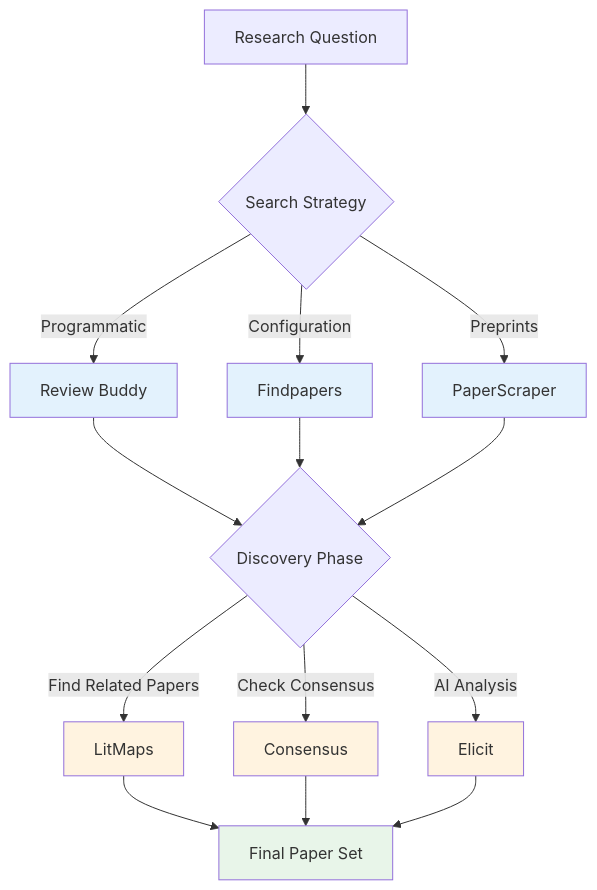
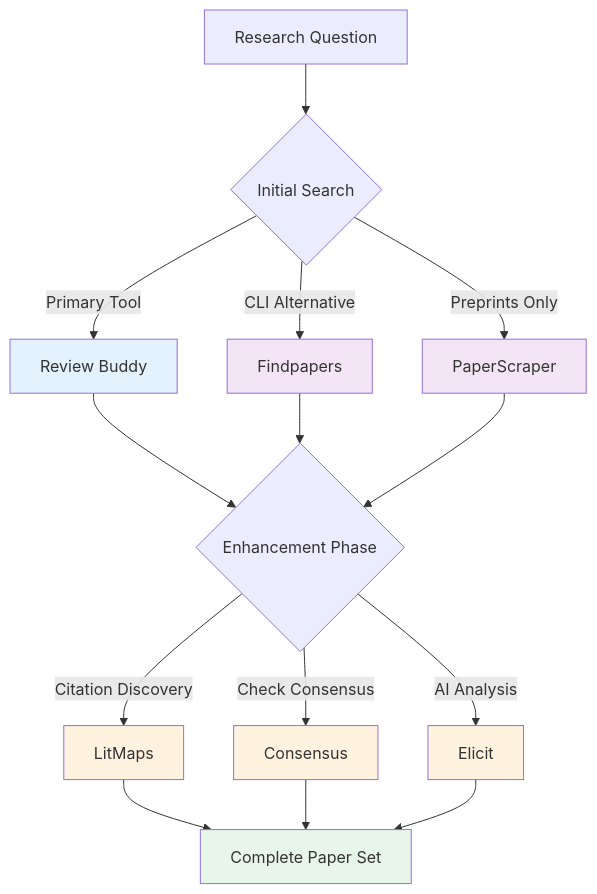
One commit to leonardozaggia/automated_systematic_literature_search changed the diagram in book/additional_tools/0_Overview.md. Above: the diagram before and after it, drawn with Mermaid. The commit also changed other lines of this file and 8 other files, not shown here.

````diff
--- a/book/additional_tools/0_Overview.md
+++ b/book/additional_tools/0_Overview.md
@@ -43,27 +51,27 @@
 ```{mermaid}
 graph TD
-    A[Research Question] --> B{Search Strategy}
-    B -->|Programmatic| C[Review Buddy]
-    B -->|Configuration| D[Findpapers]
-    B -->|Preprints| E[PaperScraper]
+    A[Research Question] --> B{Initial Search}
+    B -->|Primary Tool| C[Review Buddy]
+    B -->|CLI Alternative| D[Findpapers]
+    B -->|Preprints Only| E[PaperScraper]
     
-    C --> F{Discovery Phase}
+    C --> F{Enhancement Phase}
     D --> F
     E --> F
     
-    F -->|Find Related Papers| G[LitMaps]
+    F -->|Citation Discovery| G[LitMaps]
     F -->|Check Consensus| H[Consensus]
     F -->|AI Analysis| I[Elicit]
     
-    G --> J[Final Paper Set]
+    G --> J[Complete Paper Set]
     H --> J
     I --> J
     
     style C fill:#e3f2fd
-    style D fill:#e3f2fd
-    style E fill:#e3f2fd
+    style D fill:#f3e5f5
+    style E fill:#f3e5f5
     style G fill:#fff3e0
     style H fill:#fff3e0
     style I fill:#fff3e0
     style J fill:#e8f5e9
 ```
````
